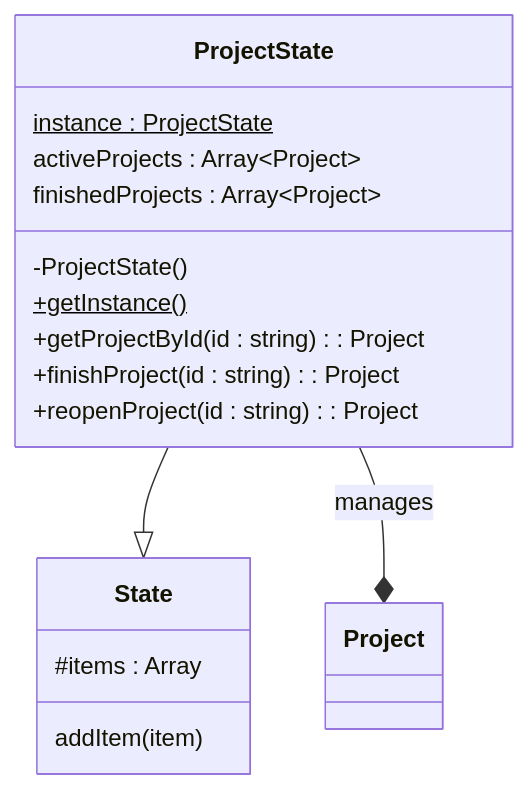
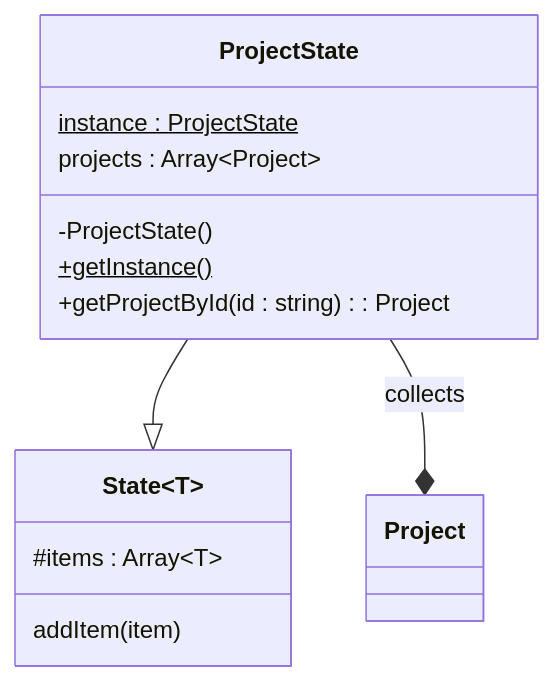
The diagram in drag-and-drop-core/src/state/readme.md (gridu/TYPESCRIPT_FOR_STUDENTS), drawn with Mermaid before and after one commit. The commit also changed other lines of this file and 12 other files, not shown here.

Commit message:
chore: Use ProjectService to manipulate with projects

````diff
--- a/drag-and-drop-core/src/state/readme.md
+++ b/drag-and-drop-core/src/state/readme.md
@@ -1,21 +3,18 @@
 ```mermaid
 classDiagram
 
-ProjectState --|> State
-ProjectState --* Project : manages
-class State {
-    #items : Array
+ProjectState --|> State~T~
+ProjectState --* Project : collects
+class State~T~ {
+    #items : Array~T~
     addItem(item)
 }
 
 class ProjectState {
     instance : ProjectState$
-    activeProjects : Array~Project~
-    finishedProjects : Array~Project~
+    projects : Array~Project~
     -ProjectState()
     +getInstance()$
     +getProjectById(id : string) : Project
-    +finishProject(id : string) : Project
-    +reopenProject(id : string) : Project
 }
 ```
````
